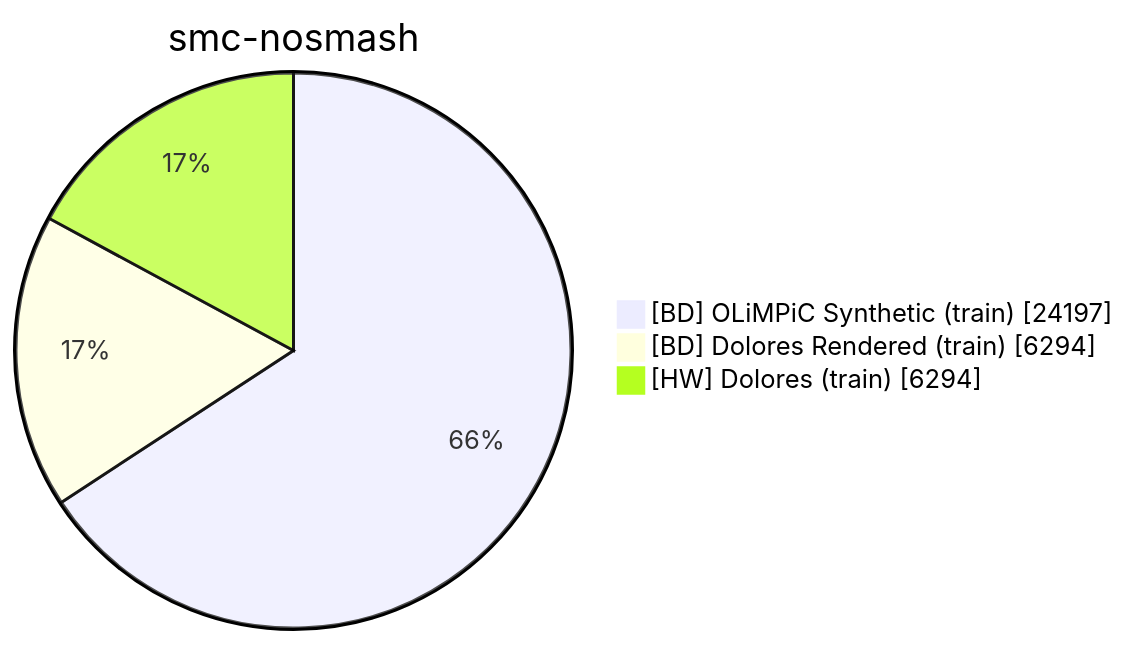
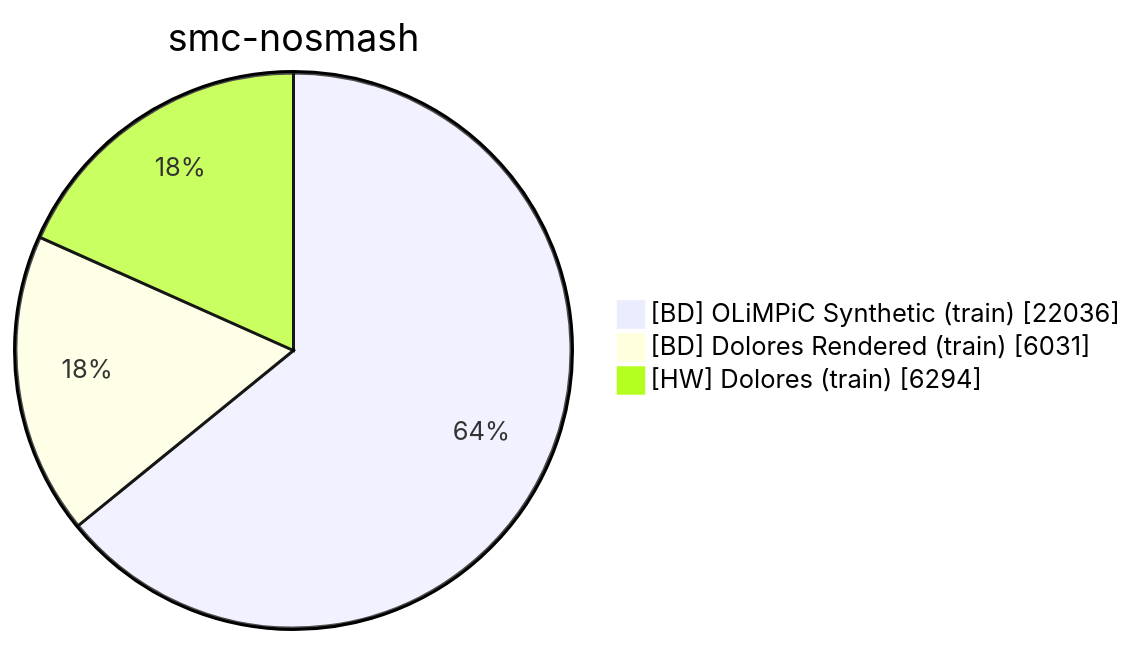
One commit to Jirka-Mayer/ijdar changed the second of 8 diagrams in docs/smashcima.md. Above: the diagram before and after it, drawn with Mermaid. The commit also changed other lines of this file and 2 other files, not shown here.

````diff
--- a/docs/smashcima.md
+++ b/docs/smashcima.md
@@ -85,6 +89,6 @@
 ```mermaid
 pie showData title smc-nosmash
-    "[BD] OLiMPiC Synthetic (train)" : 24197
-    "[BD] Dolores Rendered (train)" : 6294
+    "[BD] OLiMPiC Synthetic (train)" : 22036
+    "[BD] Dolores Rendered (train)" : 6031
     "[HW] Dolores (train)" : 6294
 ```
````
